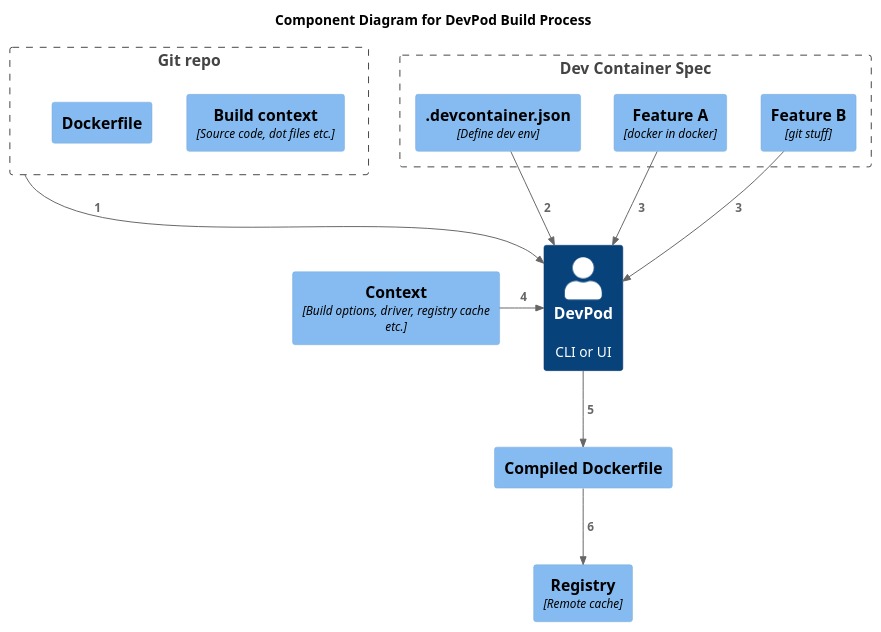
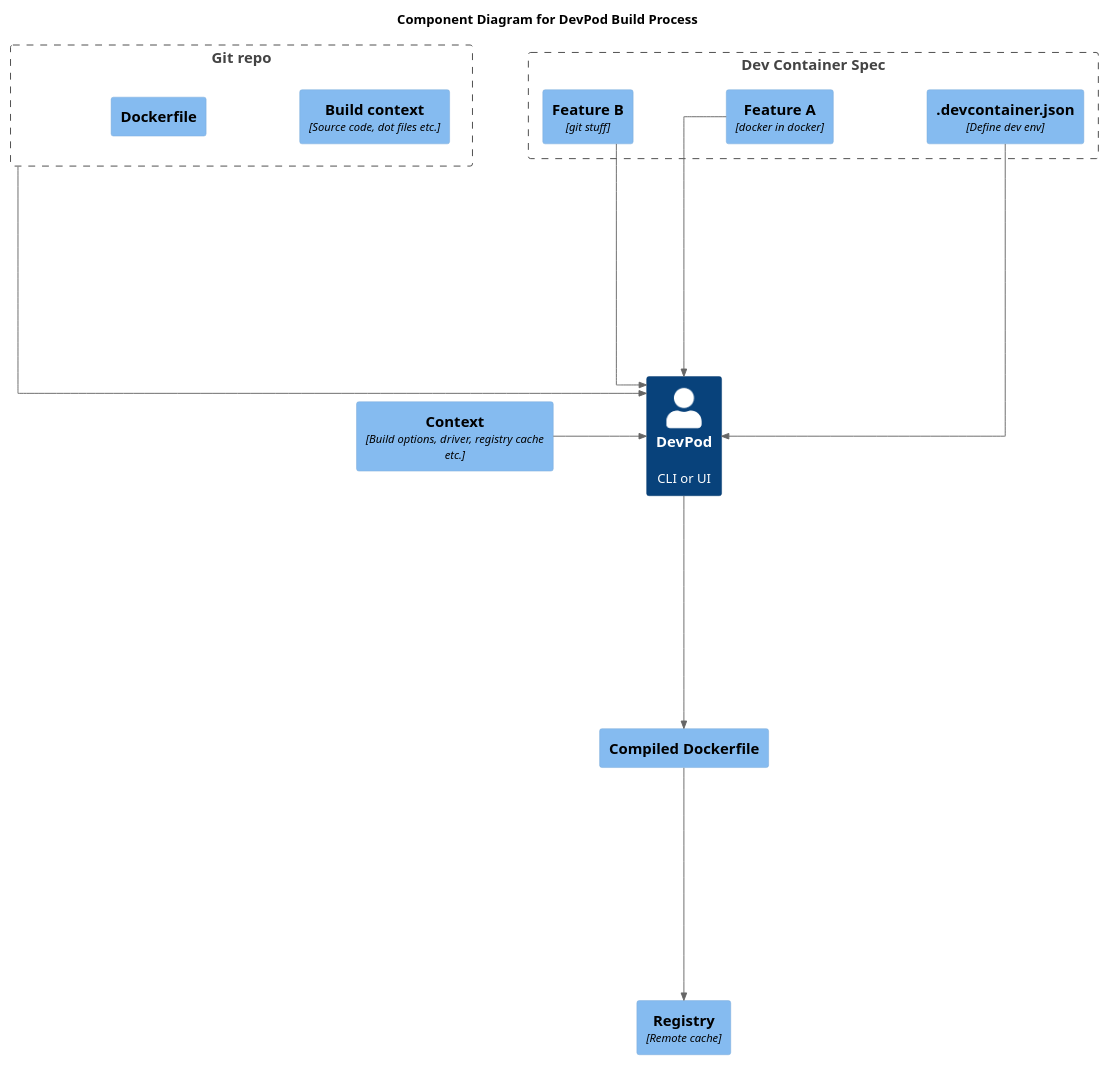
Before and after one commit to loft-sh/devpod: the diagram in docs/uml/c4_build.puml, drawn with PlantUML. The commit also changed 18 other files, not shown here.

```diff
--- a/docs/uml/c4_build.puml
+++ b/docs/uml/c4_build.puml
@@ -1,32 +1,37 @@
 @startuml
 !include https://raw.githubusercontent.com/plantuml-stdlib/C4-PlantUML/master/C4_Component.puml
+
+skinparam linetype ortho
+skinparam nodesep 100
+skinparam ranksep 250
+scale 1920x1080
 
 LAYOUT_TOP_DOWN()
 HIDE_STEREOTYPE()
 
 title Component Diagram for DevPod Build Process
 
 Person(user, "DevPod", "CLI or UI")
 Component(reg, "Registry", "Remote cache")
 Component(ctx, "Context", "Build options, driver, registry cache etc.")
 Component(cdf, "Compiled Dockerfile", "")
 
 Boundary(repo, "Git repo") {
   Component(bctx, "Build context", "Source code, dot files etc.")
   Component(df, "Dockerfile", "")
 }
 
 Boundary(cluster, "Dev Container Spec") {
   Component(dc, ".devcontainer.json", "Define dev env")
   Component(fa, "Feature A", "docker in docker")
   Component(fb, "Feature B", "git stuff")
 }
 
-Rel(repo, user, " 1")
-Rel(dc, user, " 2")
-Rel(fa, user, " 3")
-Rel(fb, user, " 3")
-Rel_Right(ctx, user, " 4")
-Rel(user, cdf, " 5")
-Rel(cdf, reg, " 6")
+Rel(repo, user, "")
+Rel(dc, user, "")
+Rel(fa, user, "")
+Rel(fb, user, "")
+Rel_Right(ctx, user, "")
+Rel(user, cdf, "")
+Rel(cdf, reg, "")
 @enduml
```
